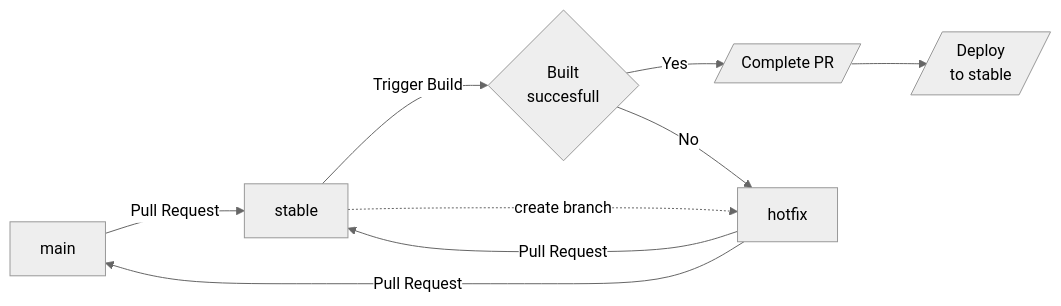
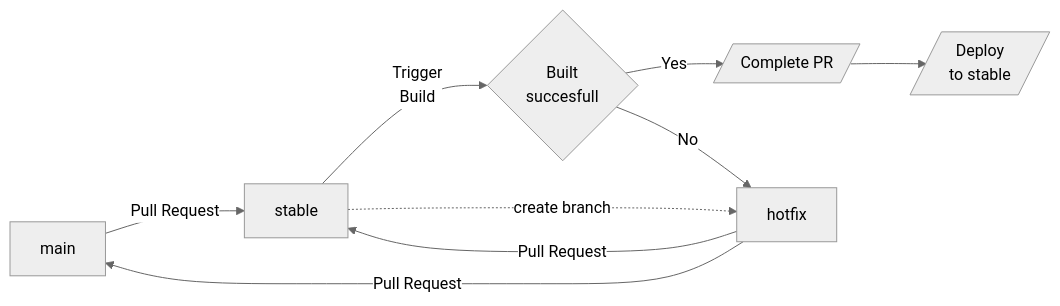
The third of 4 diagrams in docs/workflow/1-repository.md (Mauwii/django_devops), drawn with Mermaid (neutral theme) before and after one commit. The commit also changed other lines of this file, not shown here.

````diff
--- a/docs/workflow/1-repository.md
+++ b/docs/workflow/1-repository.md
@@ -59,10 +58,10 @@
 ``` mermaid
 graph LR
   main -- Pull Request --> stable
-  stable -- Trigger Build --> CheckPrstable{Built<br>succesfull}
+  stable -- Trigger<br>Build --> validateBuild{Built<br>succesfull}
   stable -. create branch .-> hotfix
-  CheckPrstable -- Yes --> CompleteMergestable[/Complete PR/]
-  CompleteMergestable --> Deploystable[/Deploy<br>to stable/]
-  CheckPrstable -- No --> hotfix
+  validateBuild -- Yes --> completePr[/Complete PR/]
+  completePr --> deployStable[/Deploy<br>to stable/]
+  validateBuild -- No --> hotfix
   hotfix -- Pull Request--> main & stable
 ```
````
